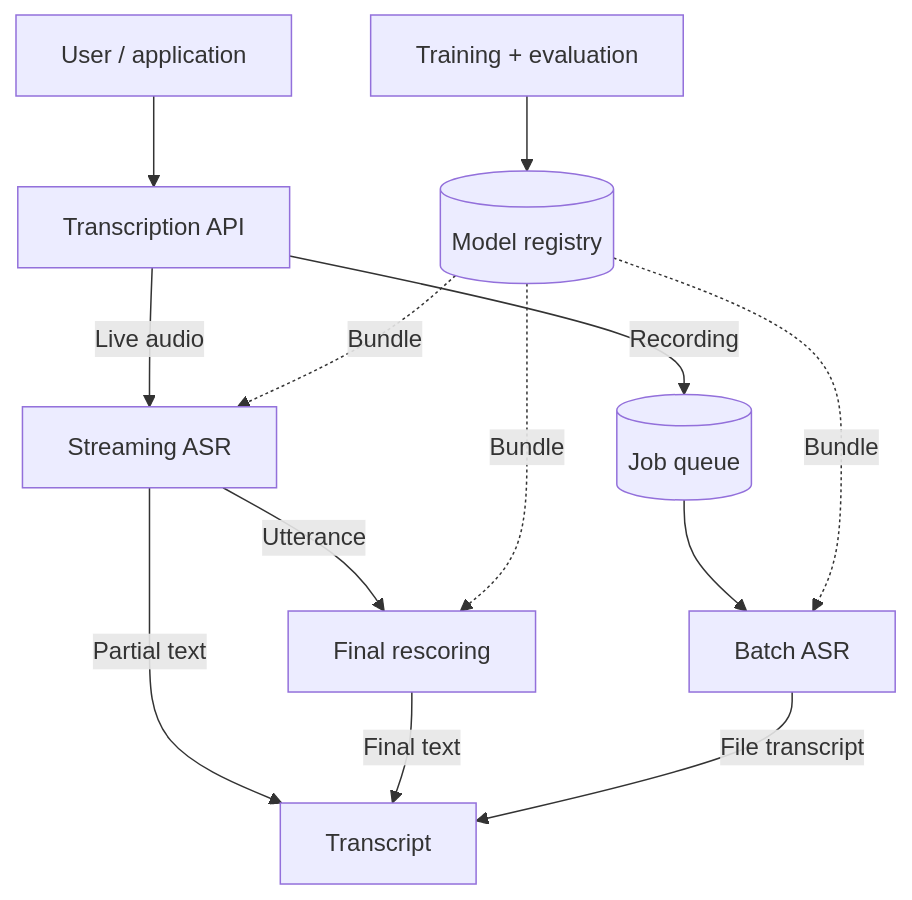
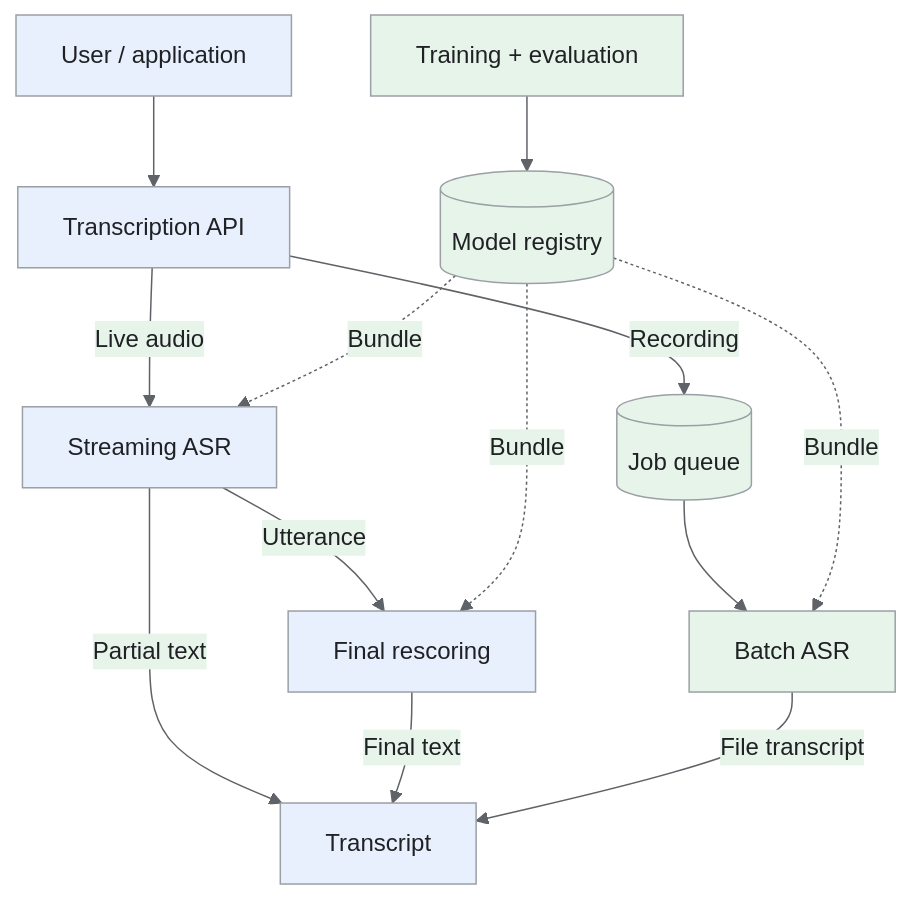
The first of 3 diagrams in _designs/ml-system-design-speech-recognition-asr.md (iliazlobin/iliazlobin.github.io), drawn with Mermaid before and after one commit. The commit also changed other lines of this file and 25 other files, not shown here.

Commit message:
docs: explain Batch B design flows and tradeoffs

````diff
--- a/_designs/ml-system-design-speech-recognition-asr.md
+++ b/_designs/ml-system-design-speech-recognition-asr.md
@@ -145,15 +162,22 @@
 ```mermaid
+%%{init: {'theme':'base','themeVariables':{'primaryColor':'#e8f0fe','primaryTextColor':'#202124','primaryBorderColor':'#9aa0a6','lineColor':'#5f6368','secondaryColor':'#e6f4ea','tertiaryColor':'#fef7e0','actorBkg':'#e8f0fe','actorBorder':'#9aa0a6','actorTextColor':'#202124','noteBkgColor':'#fef7e0','noteTextColor':'#202124','noteBorderColor':'#9aa0a6','signalColor':'#5f6368','signalTextColor':'#202124','labelBoxBkgColor':'#fef7e0','labelBoxBorderColor':'#9aa0a6'}}}%%
 flowchart TB
   U["User / application"] --> API["Transcription API"]
   API -->|"Live audio"| LIVE["Streaming ASR"]
   API -->|"Recording"| Q[("Job queue")]
   Q --> BATCH["Batch ASR"]
   LIVE -->|"Partial text"| OUT["Transcript"]
   LIVE -->|"Utterance"| FINAL["Final rescoring"]
   FINAL -->|"Final text"| OUT
   BATCH -->|"File transcript"| OUT
   TRAIN["Training + evaluation"] --> REG[("Model registry")]
   REG -.->|"Bundle"| LIVE
   REG -.->|"Bundle"| FINAL
   REG -.->|"Bundle"| BATCH
+classDef request fill:#e8f0fe,stroke:#9aa0a6,color:#202124;
+classDef data fill:#e6f4ea,stroke:#9aa0a6,color:#202124;
+classDef control fill:#fef7e0,stroke:#9aa0a6,color:#202124;
+class U,API,LIVE,OUT,FINAL request;
+class Q,BATCH,TRAIN,REG data;
+
 ```
````
